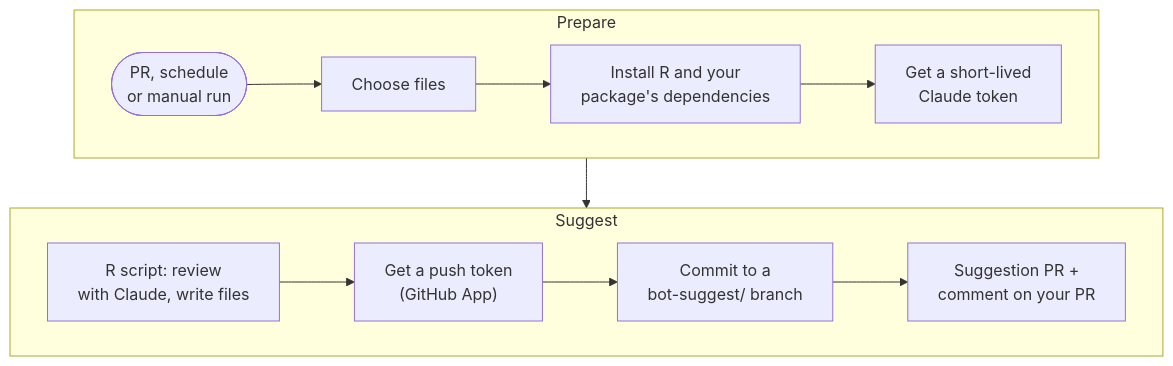
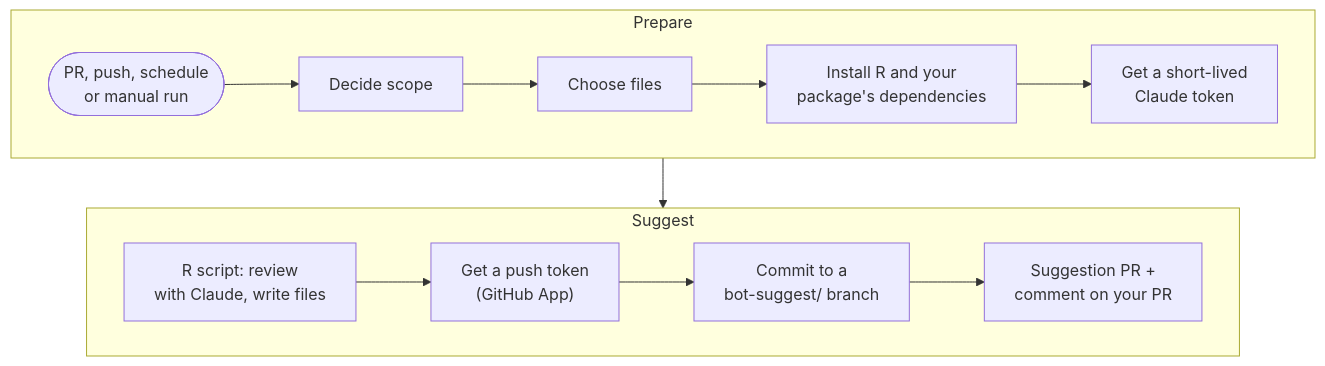
Before and after one commit to FlorianSchw/package-workflows: the diagram in docs/suggestions-internals.qmd, drawn with Mermaid. The commit also changed other lines of this file and 18 other files, not shown here.

````diff
--- a/docs/suggestions-internals.qmd
+++ b/docs/suggestions-internals.qmd
@@ -33,16 +33,17 @@
 ```{mermaid}
 flowchart TD
   subgraph prep ["Prepare"]
     direction LR
-    trig(["PR, schedule<br/>or manual run"]) --> files["Choose files"]
+    trig(["PR, push, schedule<br/>or manual run"]) --> scope["Decide scope"]
+    scope --> files["Choose files"]
     files --> setup["Install R and your<br/>package's dependencies"]
     setup --> token["Get a short-lived<br/>Claude token"]
   end
   subgraph run ["Suggest"]
     direction LR
     script["R script: review<br/>with Claude, write files"] --> push["Get a push token<br/>(GitHub App)"]
     push --> commit["Commit to a<br/>bot-suggest/ branch"]
     commit --> pr["Suggestion PR +<br/>comment on your PR"]
   end
   prep --> run
 ```
````
